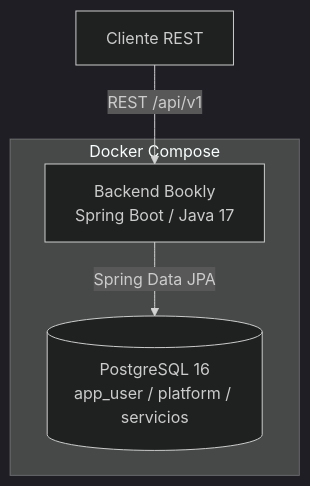
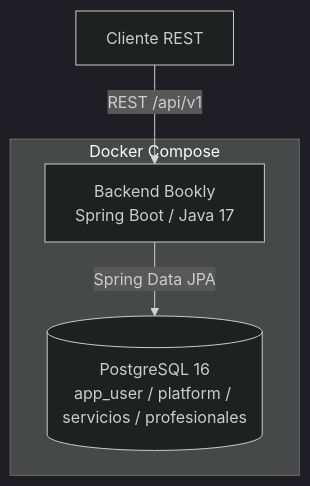
The second of 6 diagrams in README_ARQUITECTURA.md (Code-Factory-Bookly/backendcf), drawn with Mermaid (dark theme) before and after one commit. The commit also changed other lines of this file and 5 other files, not shown here.

````diff
--- a/README_ARQUITECTURA.md
+++ b/README_ARQUITECTURA.md
@@ -39,10 +45,10 @@
 ```mermaid
 flowchart TB
     Client[Cliente REST]
     subgraph Docker Compose
       API[Backend Bookly<br/>Spring Boot / Java 17]
-      DB[(PostgreSQL 16<br/>app_user / platform / servicios)]
+      DB[(PostgreSQL 16<br/>app_user / platform / servicios / profesionales)]
     end
     Client -->|REST /api/v1| API
     API -->|Spring Data JPA| DB
 ```
````
